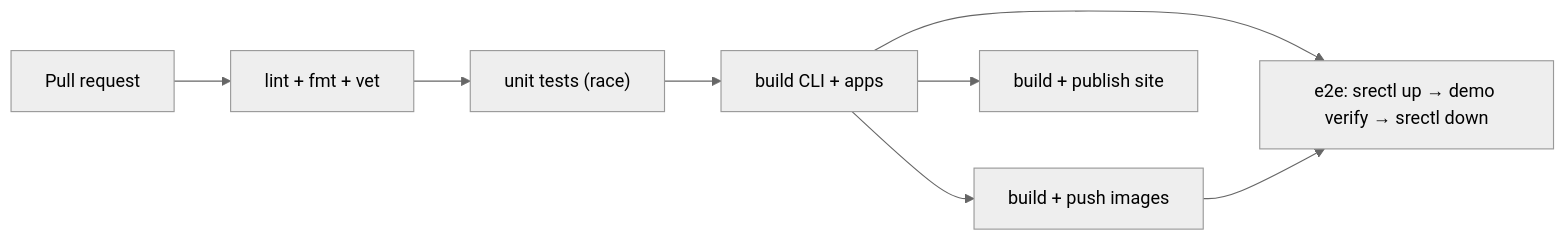
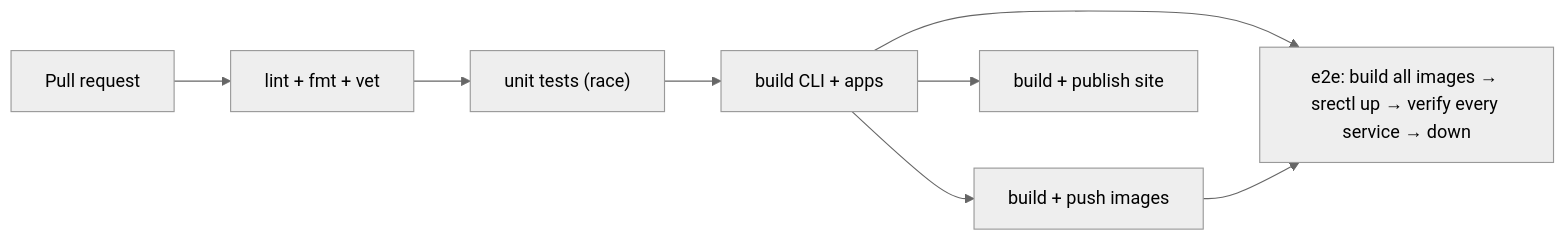
Before and after one commit to fabianoflorentino/srectl: the diagram in docs/en/CI_CD.md, drawn with Mermaid (neutral theme). The commit also changed other lines of this file and 4 other files, not shown here.

Commit message:
ci(e2e): verify the cluster and every service on kind

````diff
--- a/docs/en/CI_CD.md
+++ b/docs/en/CI_CD.md
@@ -8,10 +8,10 @@
 ```mermaid
 flowchart LR
     PR["Pull request"] --> L["lint + fmt + vet"]
     L --> T["unit tests (race)"]
     T --> B["build CLI + apps"]
     B --> IMG["build + push images"]
-    B --> E2E["e2e: srectl up → demo verify → srectl down"]
+    B --> E2E["e2e: build all images → srectl up → verify every service → down"]
     IMG --> E2E
     B --> SITE["build + publish site"]
 ```
````
